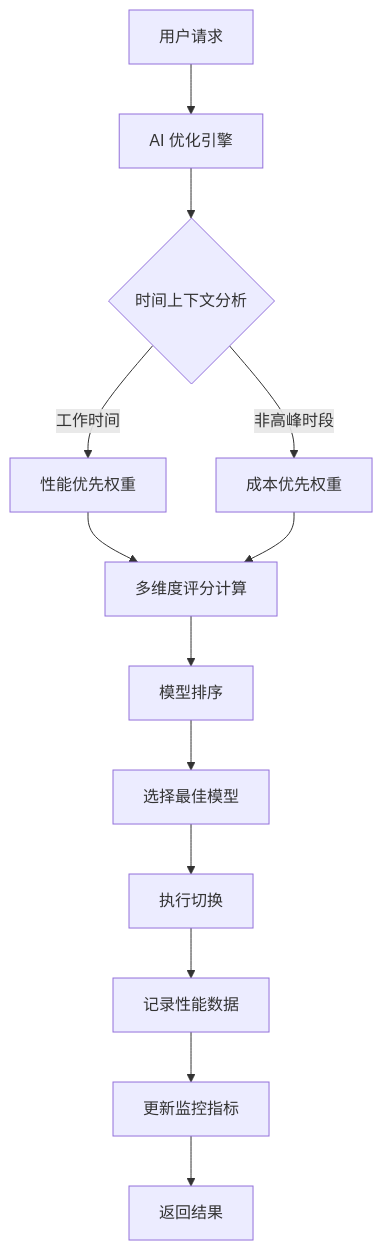
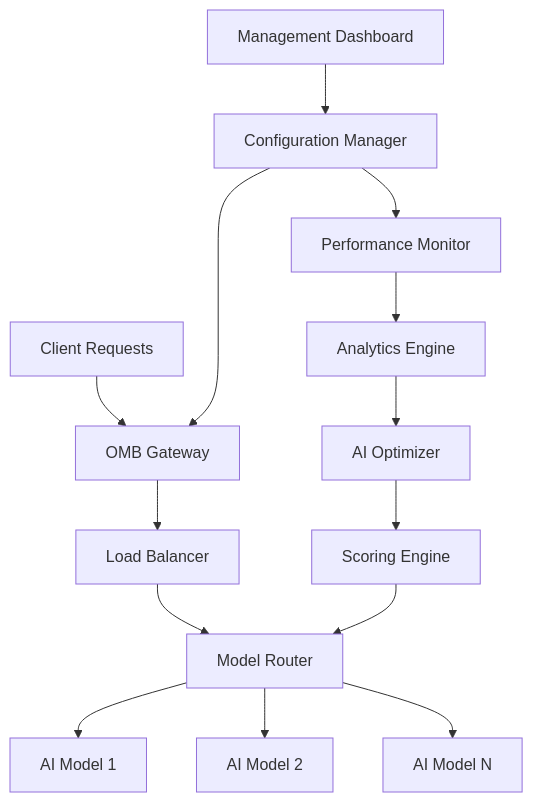
The first of 2 diagrams in README.md (linux503/model-auto-switch), drawn with Mermaid before and after one commit. The commit also changed other lines of this file and 37 other files, not shown here.

First line of the commit message:
🎨 品牌化: 重命名为 OpenClaw Model Balancer (OMB)

````diff
--- a/README.md
+++ b/README.md
@@ -299,15 +161,18 @@
 ```mermaid
-graph TD
-    A[用户请求] --> B[AI 优化引擎]
-    B --> C{时间上下文分析}
-    C -->|工作时间| D[性能优先权重]
-    C -->|非高峰时段| E[成本优先权重]
-    D --> F[多维度评分计算]
-    E --> F
-    F --> G[模型排序]
-    G --> H[选择最佳模型]
-    H --> I[执行切换]
-    I --> J[记录性能数据]
-    J --> K[更新监控指标]
-    K --> L[返回结果]
+graph TB
+    A[Client Requests] --> B[OMB Gateway]
+    B --> C[Load Balancer]
+    C --> D[Model Router]
+    D --> E[AI Model 1]
+    D --> F[AI Model 2]
+    D --> G[AI Model N]
+    
+    H[Performance Monitor] --> I[Analytics Engine]
+    I --> J[AI Optimizer]
+    J --> K[Scoring Engine]
+    K --> D
+    
+    L[Management Dashboard] --> M[Configuration Manager]
+    M --> B
+    M --> H
 ```
````
